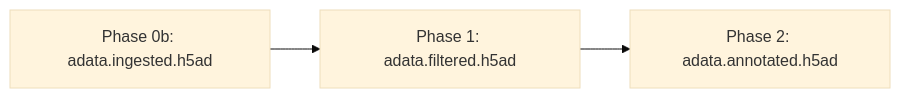
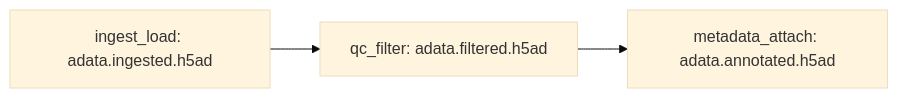
Before and after one commit to yoffelab/sc_tools: the diagram in .claude/skills/technical-writing/SKILL.md, drawn with Mermaid (base theme). The commit also changed 77 other files, not shown here.

````diff
--- a/.claude/skills/technical-writing/SKILL.md
+++ b/.claude/skills/technical-writing/SKILL.md
@@ -27,5 +27,5 @@
 ```mermaid
 graph LR
-    A[Phase 0b: adata.ingested.h5ad] --> B[Phase 1: adata.filtered.h5ad]
-    B --> C[Phase 2: adata.annotated.h5ad]
+    A[ingest_load: adata.ingested.h5ad] --> B[qc_filter: adata.filtered.h5ad]
+    B --> C[metadata_attach: adata.annotated.h5ad]
 ```
````
